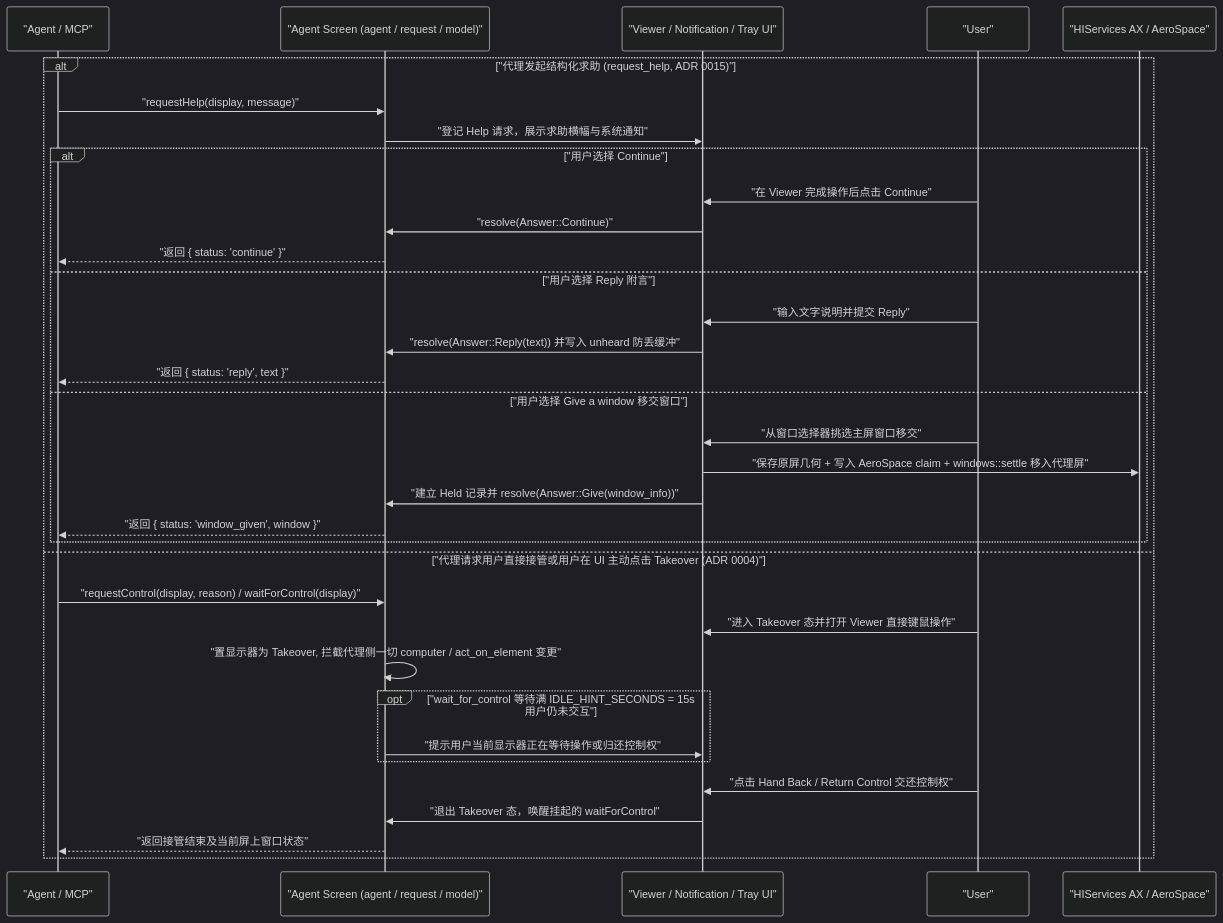
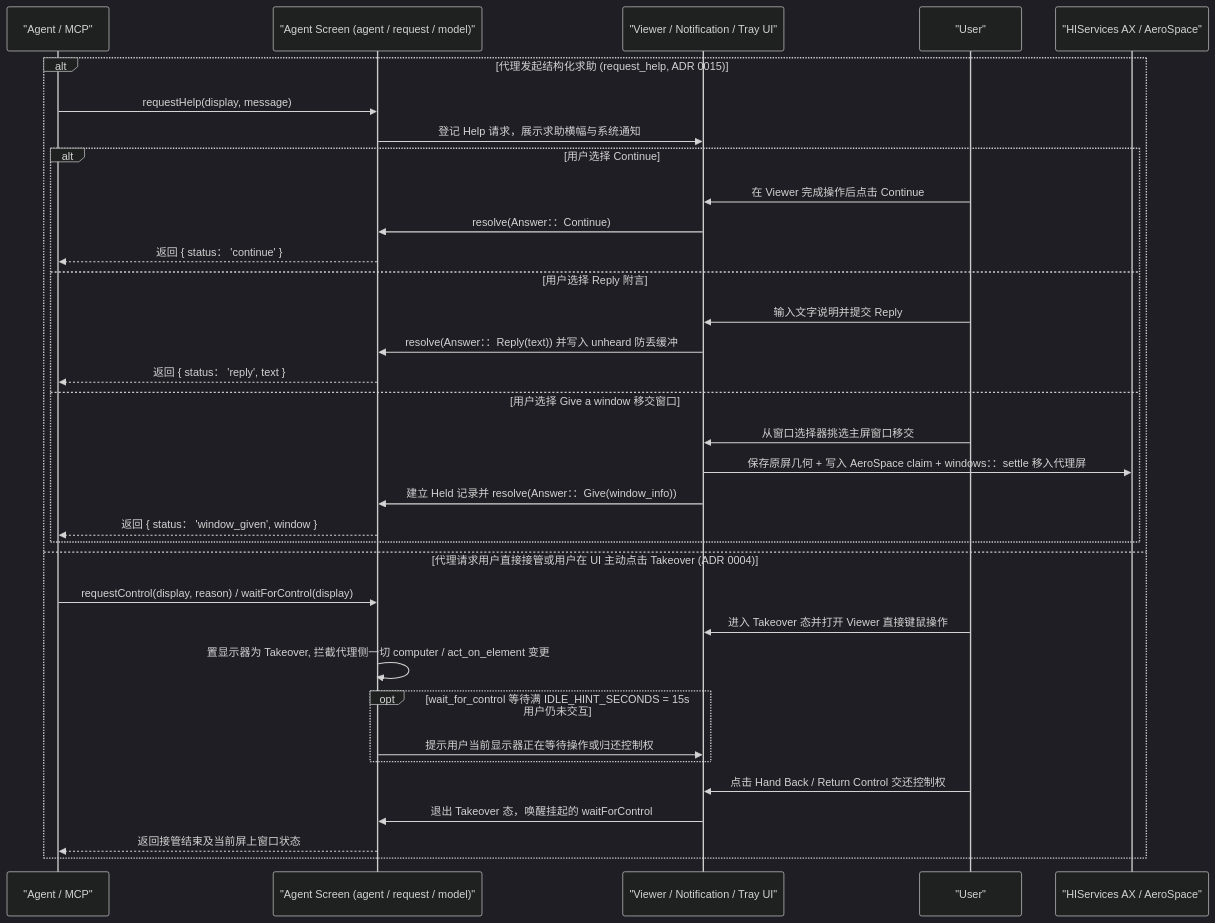
Before and after one commit to Fanzzzd/agent-screen: the diagram in docs/flows/08-takeover-and-help-requests.md, drawn with Mermaid (dark theme). The commit also changed 14 other files, not shown here.

Commit message:
The flow maps' Mermaid labels drop quotes, semicolons and inner colons, which stopped four diagrams from rendering

````diff
--- a/docs/flows/08-takeover-and-help-requests.md
+++ b/docs/flows/08-takeover-and-help-requests.md
@@ -7,37 +7,37 @@
 ```mermaid
 sequenceDiagram
     participant MCP as "Agent / MCP"
     participant Ctrl as "Agent Screen (agent / request / model)"
     participant UI as "Viewer / Notification / Tray UI"
     participant User as "User"
     participant AX as "HIServices AX / AeroSpace"
 
-    alt "代理发起结构化求助 (request_help, ADR 0015)"
-        MCP->>Ctrl: "requestHelp(display, message)"
-        Ctrl->>UI: "登记 Help 请求，展示求助横幅与系统通知"
-        alt "用户选择 Continue"
-            User->>UI: "在 Viewer 完成操作后点击 Continue"
-            UI->>Ctrl: "resolve(Answer::Continue)"
-            Ctrl-->>MCP: "返回 { status: 'continue' }"
-        else "用户选择 Reply 附言"
-            User->>UI: "输入文字说明并提交 Reply"
-            UI->>Ctrl: "resolve(Answer::Reply(text)) 并写入 unheard 防丢缓冲"
-            Ctrl-->>MCP: "返回 { status: 'reply', text }"
-        else "用户选择 Give a window 移交窗口"
-            User->>UI: "从窗口选择器挑选主屏窗口移交"
-            UI->>AX: "保存原屏几何 + 写入 AeroSpace claim + windows::settle 移入代理屏"
-            UI->>Ctrl: "建立 Held 记录并 resolve(Answer::Give(window_info))"
-            Ctrl-->>MCP: "返回 { status: 'window_given', window }"
+    alt 代理发起结构化求助 (request_help, ADR 0015)
+        MCP->>Ctrl : requestHelp(display, message)
+        Ctrl->>UI : 登记 Help 请求，展示求助横幅与系统通知
+        alt 用户选择 Continue
+            User->>UI : 在 Viewer 完成操作后点击 Continue
+            UI->>Ctrl : resolve(Answer：：Continue)
+            Ctrl-->>MCP : 返回 { status： 'continue' }
+        else 用户选择 Reply 附言
+            User->>UI : 输入文字说明并提交 Reply
+            UI->>Ctrl : resolve(Answer：：Reply(text)) 并写入 unheard 防丢缓冲
+            Ctrl-->>MCP : 返回 { status： 'reply', text }
+        else 用户选择 Give a window 移交窗口
+            User->>UI : 从窗口选择器挑选主屏窗口移交
+            UI->>AX : 保存原屏几何 + 写入 AeroSpace claim + windows：：settle 移入代理屏
+            UI->>Ctrl : 建立 Held 记录并 resolve(Answer：：Give(window_info))
+            Ctrl-->>MCP : 返回 { status： 'window_given', window }
         end
-    else "代理请求用户直接接管或用户在 UI 主动点击 Takeover (ADR 0004)"
-        MCP->>Ctrl: "requestControl(display, reason) / waitForControl(display)"
-        User->>UI: "进入 Takeover 态并打开 Viewer 直接键鼠操作"
-        Ctrl->>Ctrl: "置显示器为 Takeover, 拦截代理侧一切 computer / act_on_element 变更"
-        opt "wait_for_control 等待满 IDLE_HINT_SECONDS = 15s 用户仍未交互"
-            Ctrl->>UI: "提示用户当前显示器正在等待操作或归还控制权"
+    else 代理请求用户直接接管或用户在 UI 主动点击 Takeover (ADR 0004)
+        MCP->>Ctrl : requestControl(display, reason) / waitForControl(display)
+        User->>UI : 进入 Takeover 态并打开 Viewer 直接键鼠操作
+        Ctrl->>Ctrl : 置显示器为 Takeover, 拦截代理侧一切 computer / act_on_element 变更
+        opt wait_for_control 等待满 IDLE_HINT_SECONDS = 15s 用户仍未交互
+            Ctrl->>UI : 提示用户当前显示器正在等待操作或归还控制权
         end
-        User->>UI: "点击 Hand Back / Return Control 交还控制权"
-        UI->>Ctrl: "退出 Takeover 态，唤醒挂起的 waitForControl"
-        Ctrl-->>MCP: "返回接管结束及当前屏上窗口状态"
+        User->>UI : 点击 Hand Back / Return Control 交还控制权
+        UI->>Ctrl : 退出 Takeover 态，唤醒挂起的 waitForControl
+        Ctrl-->>MCP : 返回接管结束及当前屏上窗口状态
     end
 ```
````
